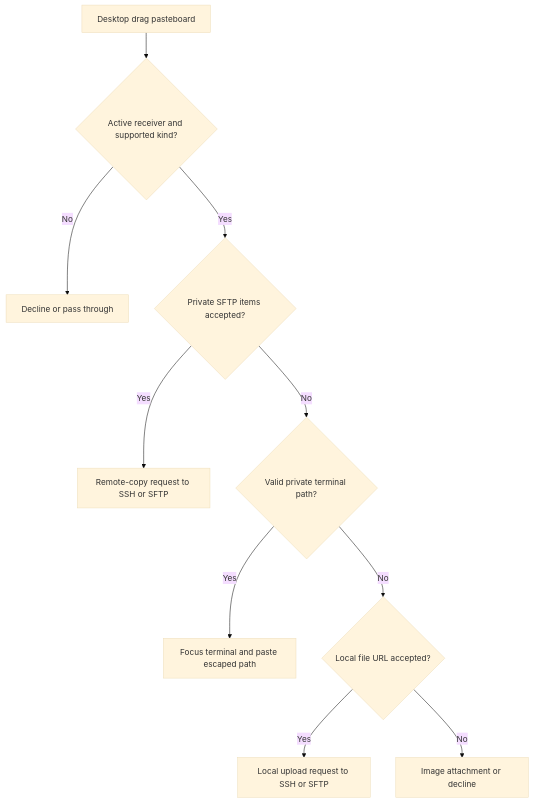
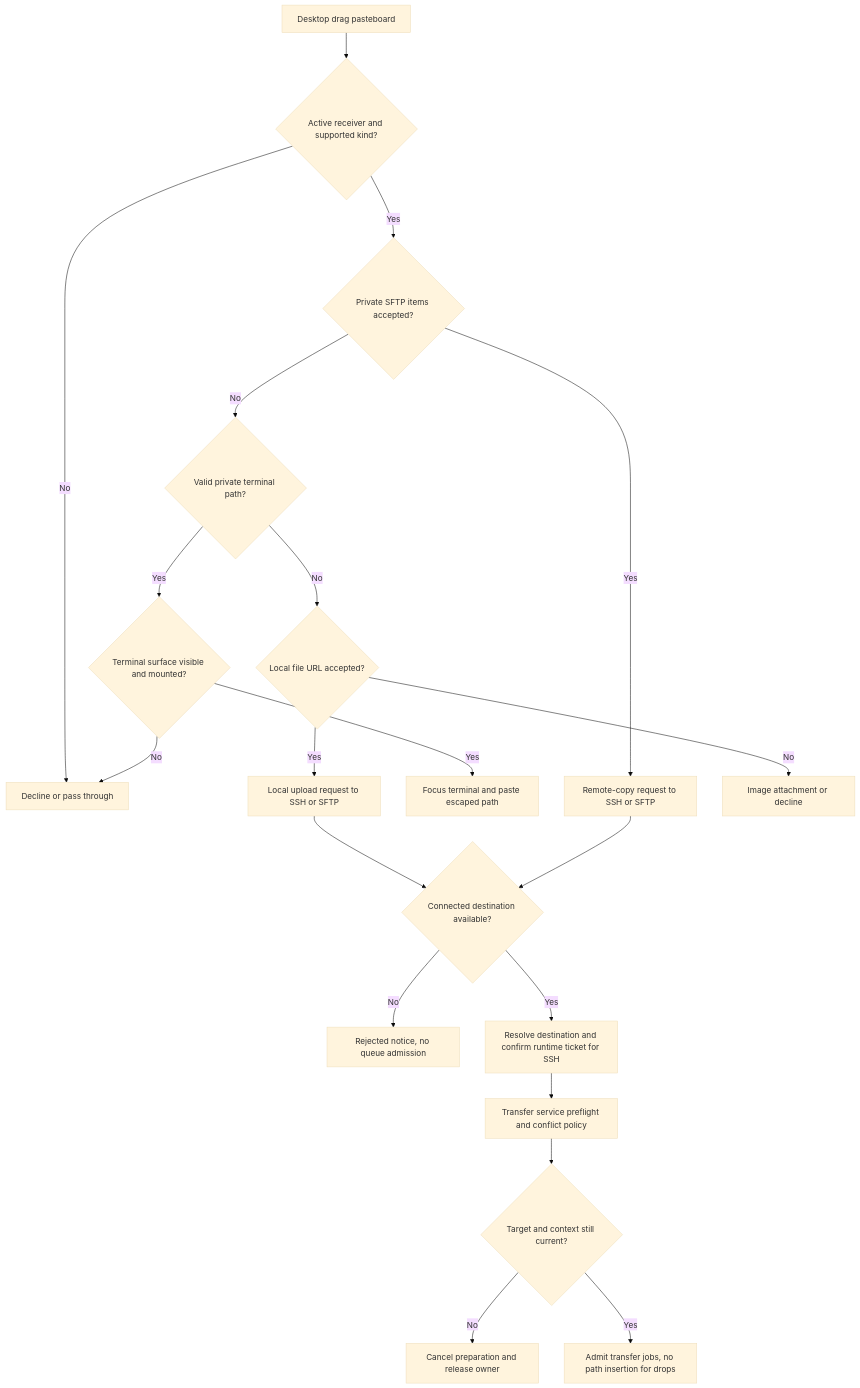
The first of 5 diagrams in openwiki/workflows/file-drag-and-drop.md (AkinoKaede/Termind), drawn with Mermaid (base theme) before and after one commit. The commit also changed other lines of this file and 59 other files, not shown here.

````diff
--- a/openwiki/workflows/file-drag-and-drop.md
+++ b/openwiki/workflows/file-drag-and-drop.md
@@ -144,12 +146,22 @@
 ```mermaid
 flowchart TD
     Drag["Desktop drag pasteboard"] --> Gate{"Active receiver and supported kind?"}
     Gate -->|No| Decline["Decline or pass through"]
     Gate -->|Yes| Private{"Private SFTP items accepted?"}
     Private -->|Yes| Remote["Remote-copy request to SSH or SFTP"]
     Private -->|No| Path{"Valid private terminal path?"}
-    Path -->|Yes| Insert["Focus terminal and paste escaped path"]
+    Path -->|Yes| Mounted{"Terminal surface visible and mounted?"}
+    Mounted -->|Yes| Insert["Focus terminal and paste escaped path"]
+    Mounted -->|No| Decline
     Path -->|No| File{"Local file URL accepted?"}
     File -->|Yes| Upload["Local upload request to SSH or SFTP"]
     File -->|No| Other["Image attachment or decline"]
+    Upload --> Ready{"Connected destination available?"}
+    Remote --> Ready
+    Ready -->|No| Reject["Rejected notice, no queue admission"]
+    Ready -->|Yes| Context["Resolve destination and confirm runtime ticket for SSH"]
+    Context --> Prepare["Transfer service preflight and conflict policy"]
+    Prepare --> Current{"Target and context still current?"}
+    Current -->|No| Release["Cancel preparation and release owner"]
+    Current -->|Yes| Queue["Admit transfer jobs, no path insertion for drops"]
 ```
````
